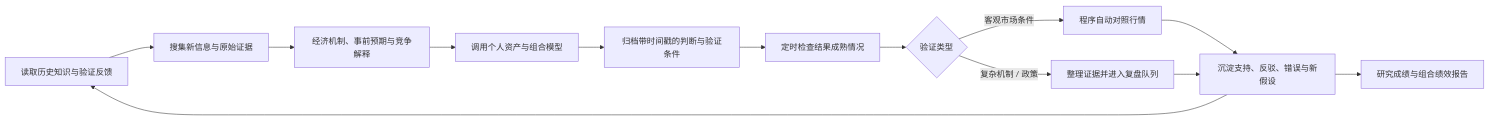
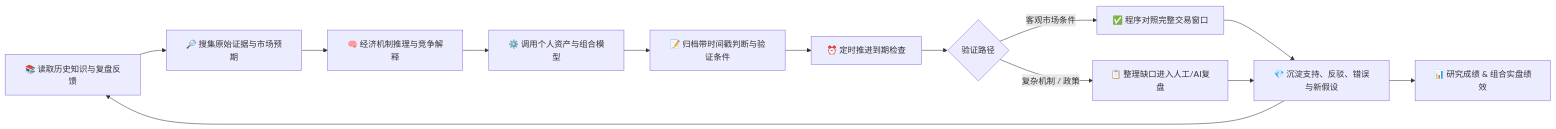
The diagram in README.md (wysking/quantitera), drawn with Mermaid before and after one commit. The commit also changed other lines of this file and 1 other file, not shown here.

````diff
--- a/README.md
+++ b/README.md
@@ -30,15 +64,15 @@
 ```mermaid
 flowchart LR
-    A[读取历史知识与验证反馈] --> B[搜集新信息与原始证据]
-    B --> C[经济机制、事前预期与竞争解释]
-    C --> D[调用个人资产与组合模型]
-    D --> E[归档带时间戳的判断与验证条件]
-    E --> F[定时检查结果成熟情况]
-    F --> G{验证类型}
-    G -->|客观市场条件| H[程序自动对照行情]
-    G -->|复杂机制 / 政策| I[整理证据并进入复盘队列]
-    H --> J[沉淀支持、反驳、错误与新假设]
+    A["📚 读取历史知识与复盘反馈"] --> B["🔎 搜集原始证据与市场预期"]
+    B --> C["🧠 经济机制推理与竞争解释"]
+    C --> D["⚙️ 调用个人资产与组合模型"]
+    D --> E["📝 归档带时间戳判断与验证条件"]
+    E --> F["⏰ 定时推进到期检查"]
+    F --> G{"验证路径"}
+    G -->|"客观市场条件"| H["✅ 程序对照完整交易窗口"]
+    G -->|"复杂机制 / 政策"| I["📋 整理缺口进入人工/AI复盘"]
+    H --> J["💎 沉淀支持、反驳、错误与新假设"]
     I --> J
     J --> A
-    J --> K[研究成绩与组合绩效报告]
+    J --> K["📊 研究成绩 & 组合实盘绩效"]
 ```
````
